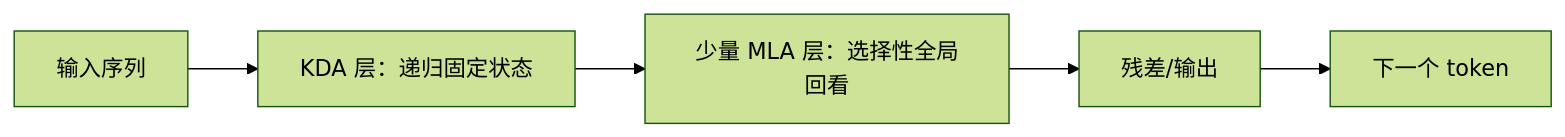
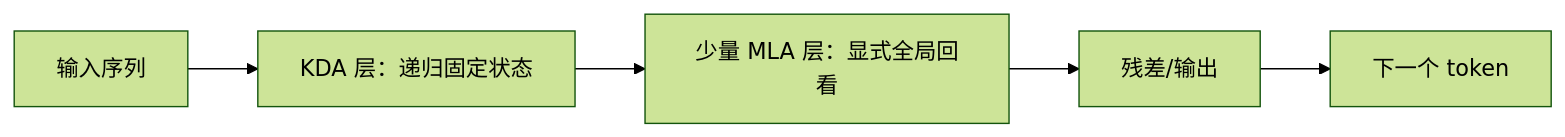
The diagram in 06-拓展知识库/论文研读/Kimi深读/04-Kimi-Linear混合注意力.md (chengzhang0528/LLMTrain), drawn with Mermaid (forest theme) before and after one commit. The commit also changed other lines of this file and 123 other files, not shown here.

````diff
--- a/06-拓展知识库/论文研读/Kimi深读/04-Kimi-Linear混合注意力.md
+++ b/06-拓展知识库/论文研读/Kimi深读/04-Kimi-Linear混合注意力.md
@@ -9,7 +13,7 @@
 ```mermaid
 flowchart LR
   A[输入序列] --> B[KDA 层：递归固定状态]
-  B --> C[少量 MLA 层：选择性全局回看]
+  B --> C[少量 MLA 层：显式全局回看]
   C --> D[残差/输出]
   D --> E[下一个 token]
 ```
````
